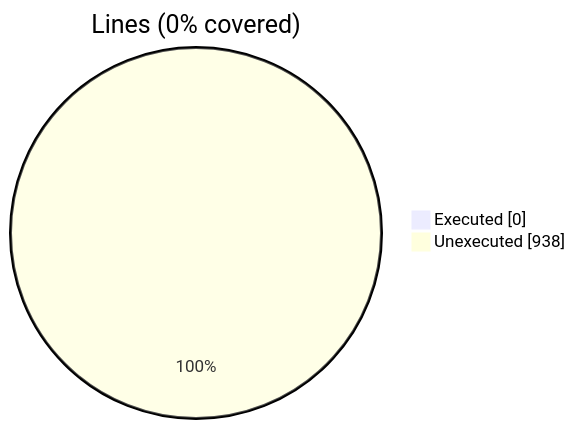
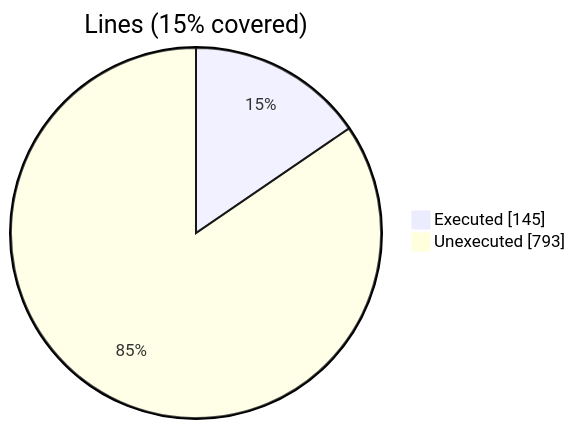
Before and after one commit to szaghi/VTKFortran: the first of 2 diagrams in docs/guide/vtk_fortran_dataarray_encoder.f90.gcov.md, drawn with Mermaid. The commit also changed other lines of this file and 9 other files, not shown here.

````diff
--- a/docs/guide/vtk_fortran_dataarray_encoder.f90.gcov.md
+++ b/docs/guide/vtk_fortran_dataarray_encoder.f90.gcov.md
@@ -10,6 +10,6 @@
 ```mermaid
 pie showData
-    title Lines (0% covered)
-    "Executed" : 0
-    "Unexecuted" : 938
+    title Lines (15% covered)
+    "Executed" : 145
+    "Unexecuted" : 793
 ```
````
